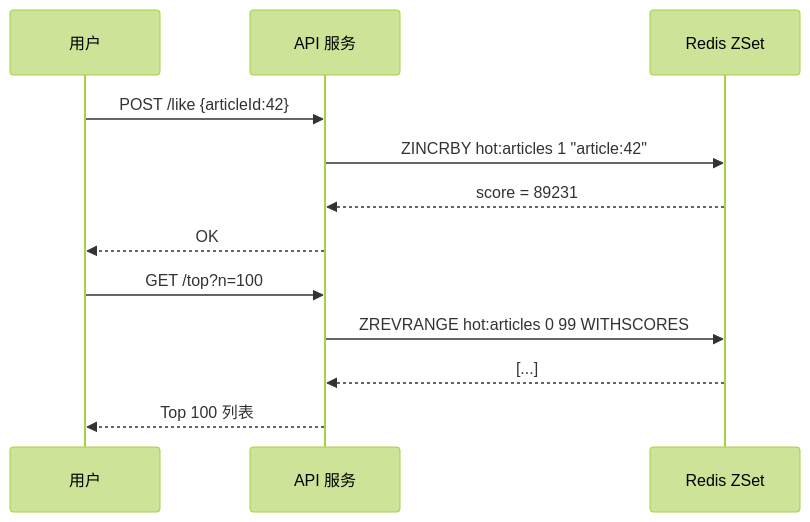
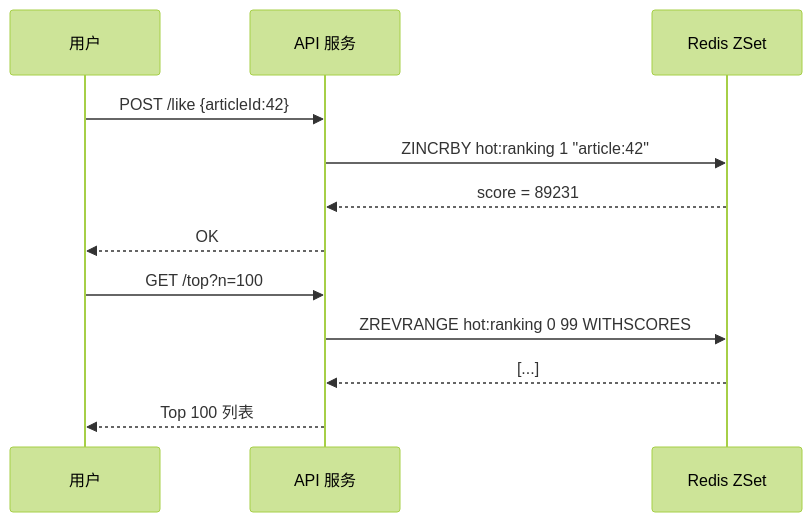
The second of 6 diagrams in kb/技术/Java/点赞Top排行榜设计方案.md (reallyhwc/ans-ai-auto-notes), drawn with Mermaid (forest theme) before and after one commit. The commit also changed other lines of this file and 18 other files, not shown here.

````diff
--- a/kb/技术/Java/点赞Top排行榜设计方案.md
+++ b/kb/技术/Java/点赞Top排行榜设计方案.md
@@ -39,16 +50,16 @@
 ```mermaid
 sequenceDiagram
     participant User as 用户
     participant API as API 服务
     participant Redis as Redis ZSet
 
     User->>API: POST /like {articleId:42}
-    API->>Redis: ZINCRBY hot:articles 1 "article:42"
+    API->>Redis: ZINCRBY hot:ranking 1 "article:42"
     Redis-->>API: score = 89231
     API-->>User: OK
 
     User->>API: GET /top?n=100
-    API->>Redis: ZREVRANGE hot:articles 0 99 WITHSCORES
+    API->>Redis: ZREVRANGE hot:ranking 0 99 WITHSCORES
     Redis-->>API: [...]
     API-->>User: Top 100 列表
 ```
````
